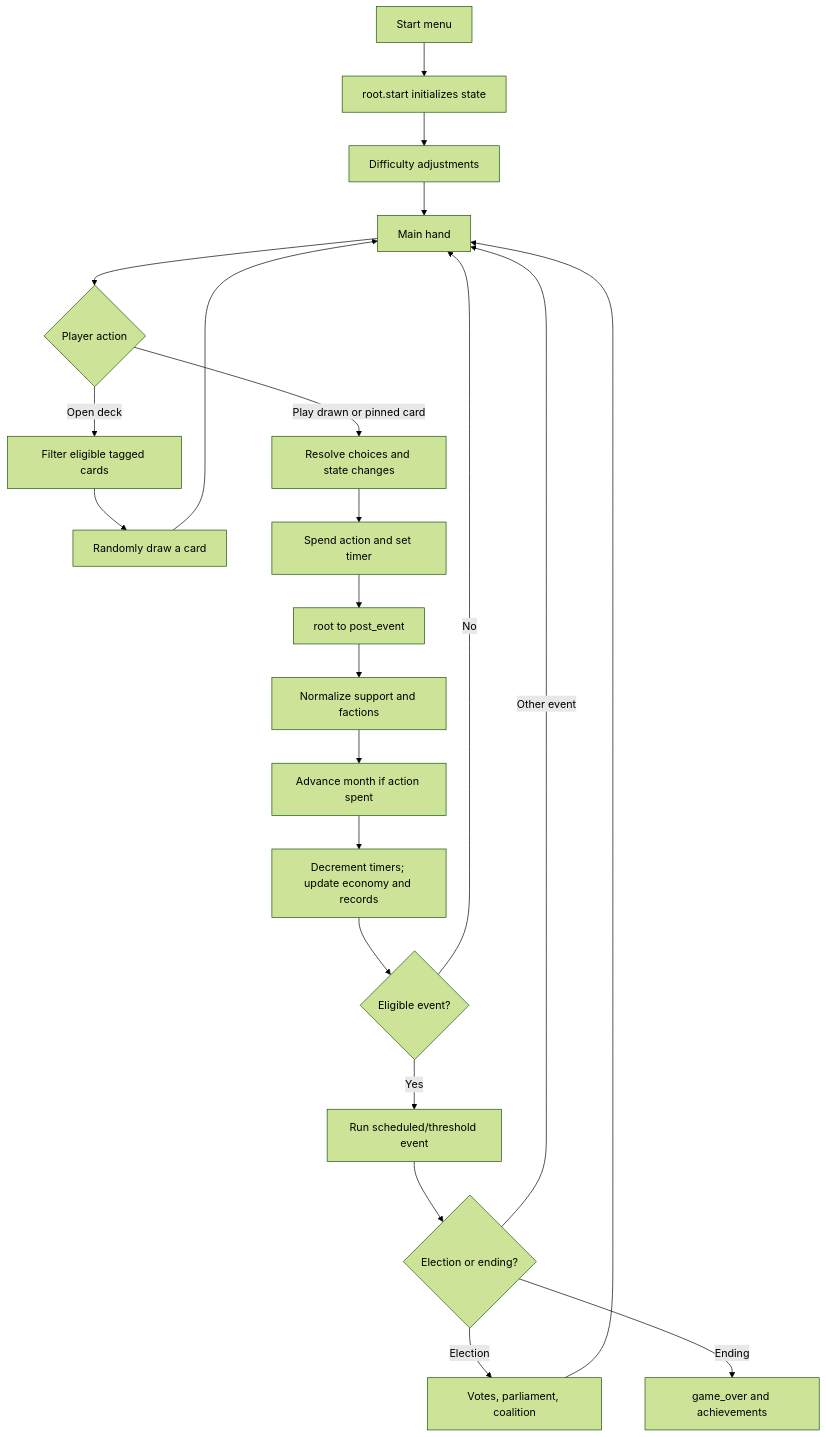
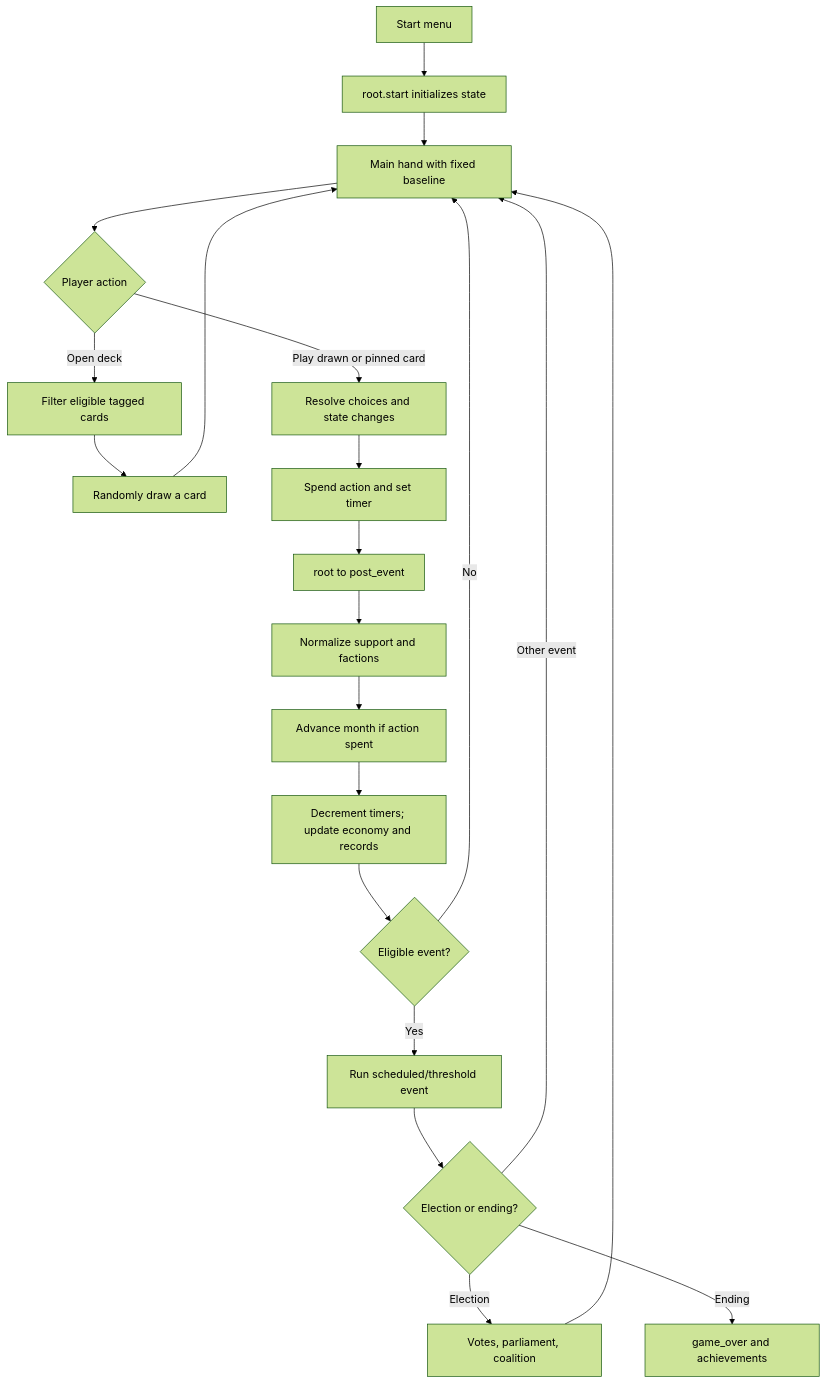
The first of 2 diagrams in MECHANICS_MAP.md (kubawyszomirski/2_rp_gra), drawn with Mermaid (forest theme) before and after one commit. The commit also changed other lines of this file and 12 other files, not shown here.

````diff
--- a/MECHANICS_MAP.md
+++ b/MECHANICS_MAP.md
@@ -148,24 +149,23 @@
 ```mermaid
 flowchart TD
     A[Start menu] --> B[root.start initializes state]
-    B --> C[Difficulty adjustments]
-    C --> D[Main hand]
+    B --> D[Main hand with fixed baseline]
     D --> E{Player action}
     E -->|Open deck| F[Filter eligible tagged cards]
     F --> G[Randomly draw a card]
     G --> D
     E -->|Play drawn or pinned card| H[Resolve choices and state changes]
     H --> I[Spend action and set timer]
     I --> J[root to post_event]
     J --> K[Normalize support and factions]
     K --> L[Advance month if action spent]
     L --> M[Decrement timers; update economy and records]
     M --> N{Eligible event?}
     N -->|No| D
     N -->|Yes| O[Run scheduled/threshold event]
     O --> P{Election or ending?}
     P -->|Election| Q[Votes, parliament, coalition]
     Q --> D
     P -->|Ending| R[game_over and achievements]
     P -->|Other event| D
 ```
````
